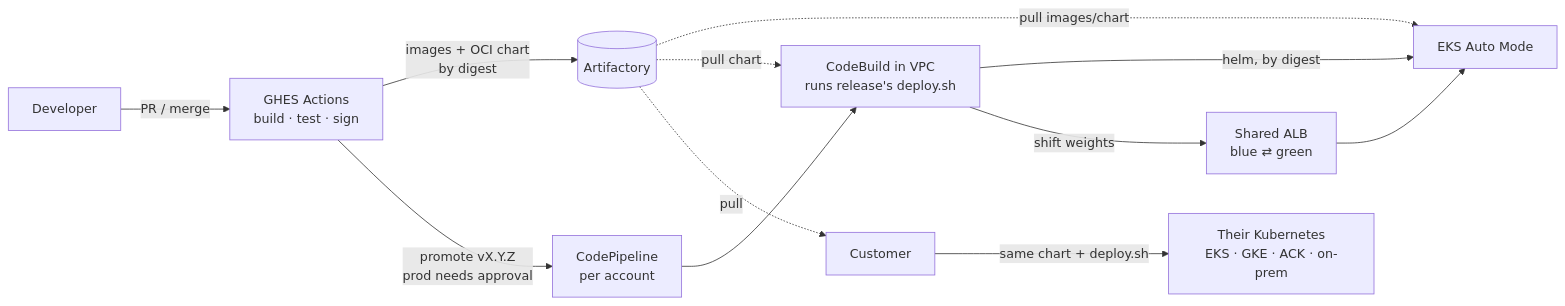
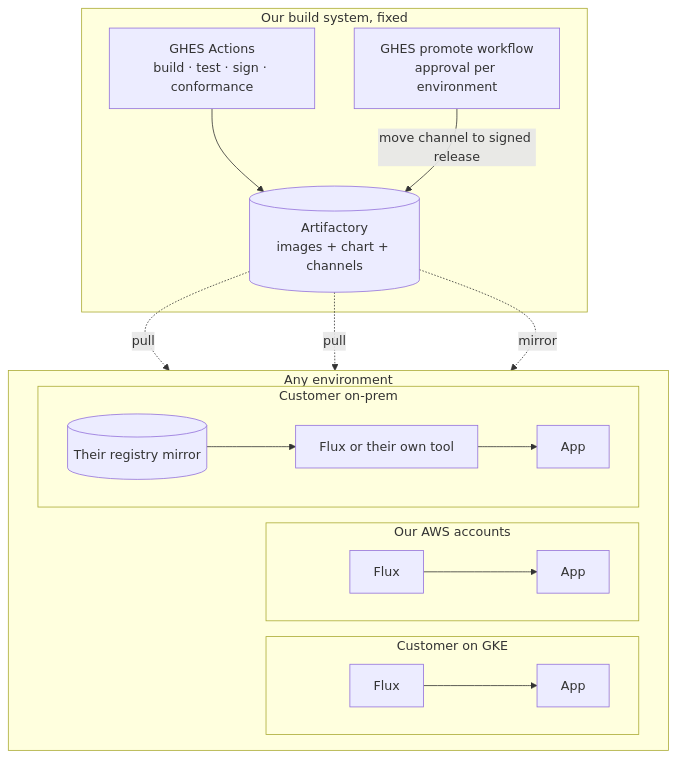
Before and after one commit to sholtomaud/GHES-EKS-zero-downtime-deployments: the first of 2 diagrams in PROPOSAL.md, drawn with Mermaid. The commit also changed other lines of this file and 3 other files, not shown here.

````diff
--- a/PROPOSAL.md
+++ b/PROPOSAL.md
@@ -47,14 +40,22 @@
 ```mermaid
-flowchart LR
-  dev[Developer] -->|PR / merge| ghes[GHES Actions<br/>build · test · sign]
-  ghes -->|images + OCI chart<br/>by digest| art[(Artifactory)]
-  ghes -->|promote vX.Y.Z<br/>prod needs approval| cp[CodePipeline<br/>per account]
-  cp --> cb[CodeBuild in VPC<br/>runs release's deploy.sh]
-  cb -->|helm, by digest| eks[EKS Auto Mode]
-  art -. pull images/chart .-> eks
-  art -. pull chart .-> cb
-  cb -->|shift weights| alb[Shared ALB<br/>blue ⇄ green]
-  alb --> eks
-  cust[Customer] -->|same chart + deploy.sh| theirk8s[Their Kubernetes<br/>EKS · GKE · ACK · on-prem]
-  art -. pull .-> cust
+flowchart TB
+  subgraph build[Our build system, fixed]
+    ghes[GHES Actions<br/>build · test · sign · conformance] --> art[(Artifactory<br/>images + chart + channels)]
+    promote[GHES promote workflow<br/>approval per environment] -->|move channel to signed release| art
+  end
+  subgraph envs[Any environment]
+    direction LR
+    subgraph aws[Our AWS accounts]
+      f1[Flux] --> a1[App]
+    end
+    subgraph gcp[Customer on GKE]
+      f2[Flux] --> a2[App]
+    end
+    subgraph onp[Customer on-prem]
+      mirror[(Their registry mirror)] --> f3[Flux or their own tool] --> a3[App]
+    end
+  end
+  art -. pull .-> f1
+  art -. pull .-> f2
+  art -. mirror .-> mirror
 ```
````
